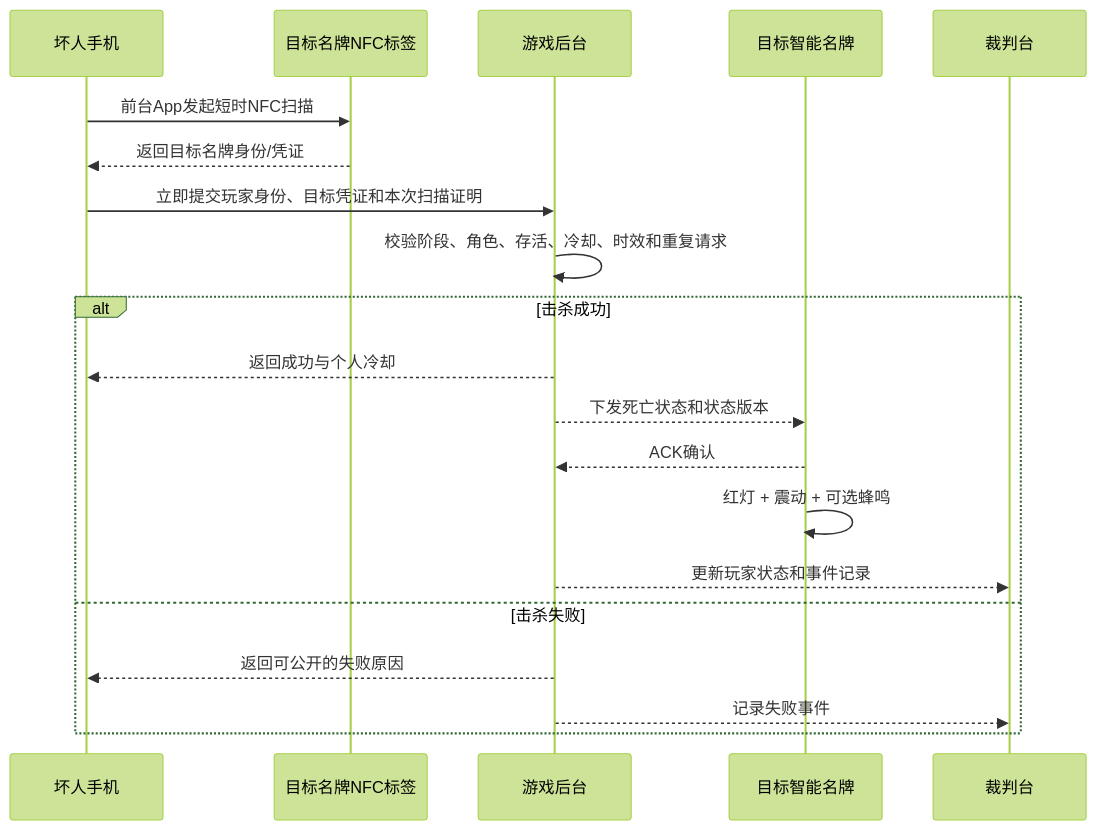
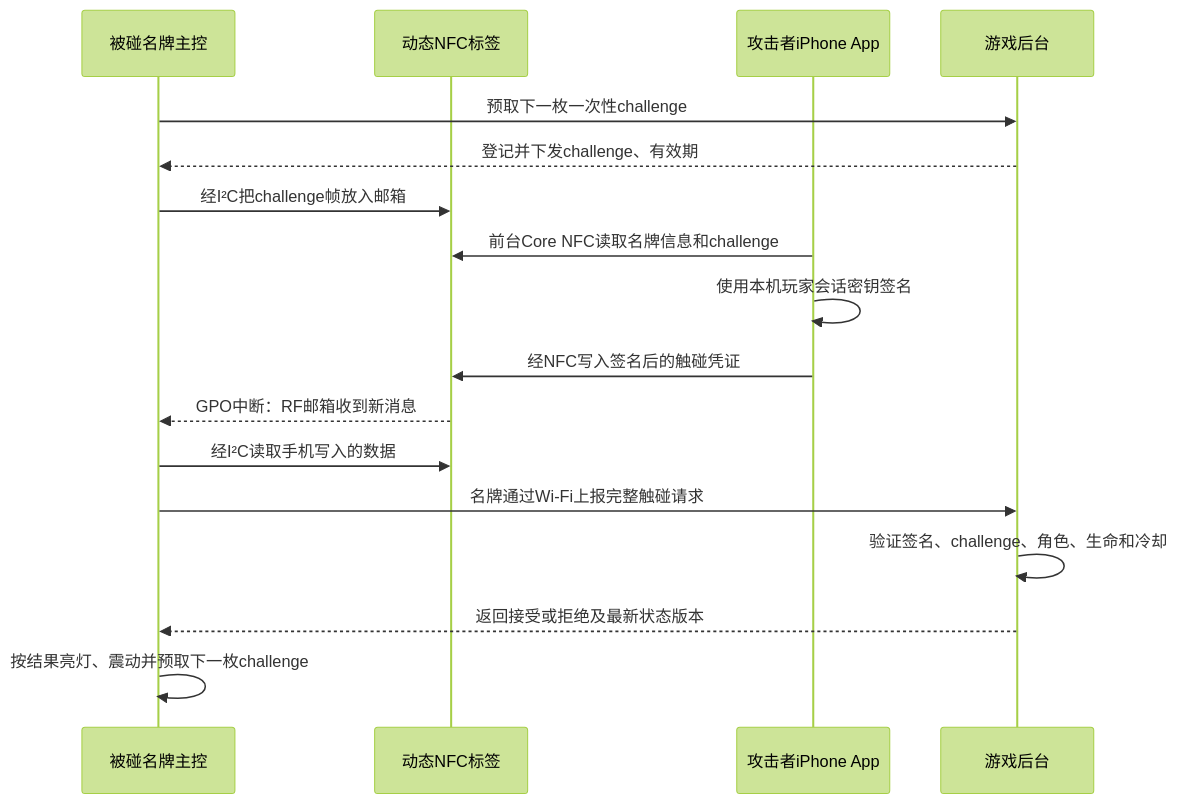
One commit to 2863111235/offline-goose-duck-nfc-mvp changed the diagram in docs/智能名牌硬件系统研发交接文档.md. Above: the diagram before and after it, drawn with Mermaid (forest theme). The commit also changed other lines of this file, not shown here.

Commit message:
docs: correct smart badge NFC architecture

````diff
--- a/docs/智能名牌硬件系统研发交接文档.md
+++ b/docs/智能名牌硬件系统研发交接文档.md
@@ -86,23 +98,20 @@
 ```mermaid
 sequenceDiagram
-    participant P as 坏人手机
-    participant N as 目标名牌NFC标签
+    participant M as 被碰名牌主控
+    participant T as 动态NFC标签
+    participant P as 攻击者iPhone App
     participant S as 游戏后台
-    participant D as 目标智能名牌
-    participant A as 裁判台
 
-    P->>N: 前台App发起短时NFC扫描
-    N-->>P: 返回目标名牌身份/凭证
-    P->>S: 立即提交玩家身份、目标凭证和本次扫描证明
-    S->>S: 校验阶段、角色、存活、冷却、时效和重复请求
-    alt 击杀成功
-        S-->>P: 返回成功与个人冷却
-        S-->>D: 下发死亡状态和状态版本
-        D-->>S: ACK确认
-        D->>D: 红灯 + 震动 + 可选蜂鸣
-        S-->>A: 更新玩家状态和事件记录
-    else 击杀失败
-        S-->>P: 返回可公开的失败原因
-        S-->>A: 记录失败事件
-    end
+    M->>S: 预取下一枚一次性challenge
+    S-->>M: 登记并下发challenge、有效期
+    M->>T: 经I²C把challenge帧放入邮箱
+    P->>T: 前台Core NFC读取名牌信息和challenge
+    P->>P: 使用本机玩家会话密钥签名
+    P->>T: 经NFC写入签名后的触碰凭证
+    T-->>M: GPO中断：RF邮箱收到新消息
+    M->>T: 经I²C读取手机写入的数据
+    M->>S: 名牌通过Wi-Fi上报完整触碰请求
+    S->>S: 验证签名、challenge、角色、生命和冷却
+    S-->>M: 返回接受或拒绝及最新状态版本
+    M->>M: 按结果亮灯、震动并预取下一枚challenge
 ```
````
